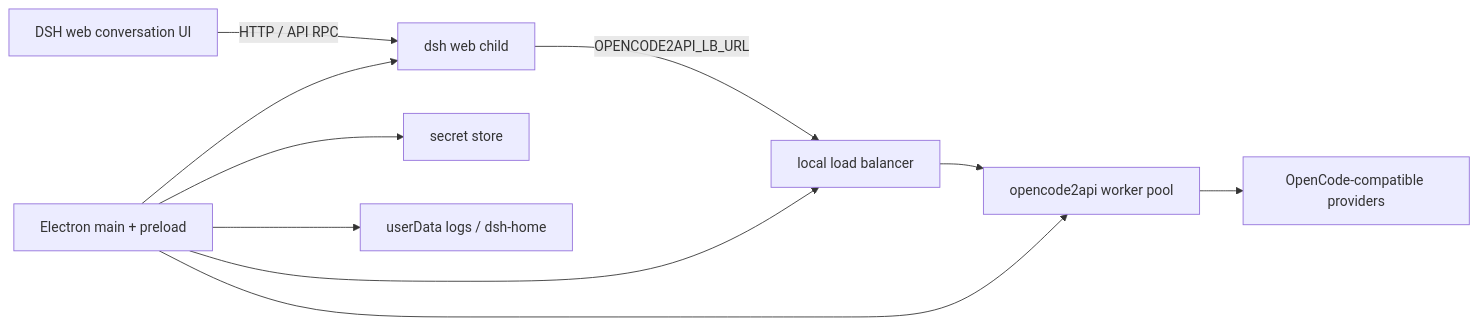
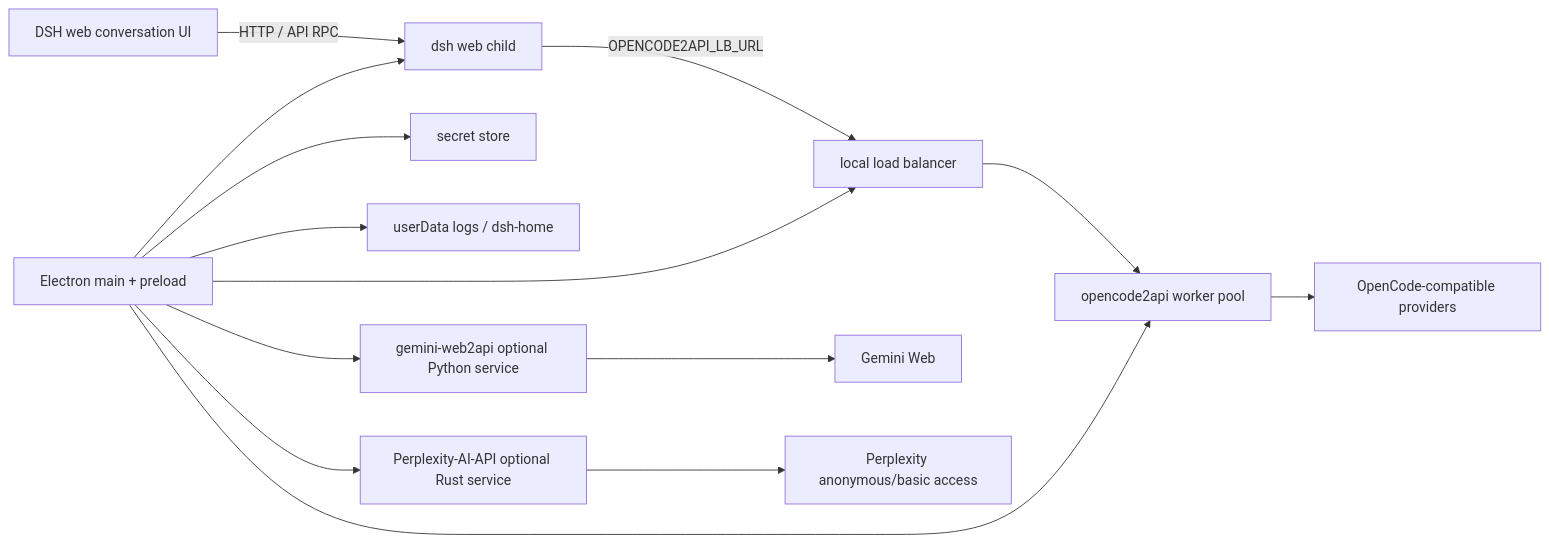
The diagram in docs/ARCHITECTURE.md (Akunimal/free-code-deepseek-harness), drawn with Mermaid before and after one commit. The commit also changed other lines of this file and 48 other files, not shown here.

Commit message:
release: prepare FreeCode 0.3.1 with Gemini and Perplexity providers

````diff
--- a/docs/ARCHITECTURE.md
+++ b/docs/ARCHITECTURE.md
@@ -5,12 +5,16 @@
 ```mermaid
 flowchart LR
   UI[DSH web conversation UI] -->|HTTP / API RPC| DSH[dsh web child]
   DSH -->|OPENCODE2API_LB_URL| LB[local load balancer]
   LB --> POOL[opencode2api worker pool]
   POOL --> O[OpenCode-compatible providers]
   SHELL[Electron main + preload] --> DSH
   SHELL --> LB
   SHELL --> POOL
   SHELL --> VAULT[secret store]
   SHELL --> DATA[userData logs / dsh-home]
+  SHELL --> GEMINI[gemini-web2api optional Python service]
+  GEMINI --> GOOGLE[Gemini Web]
+  SHELL --> PERPLEXITY[Perplexity-AI-API optional Rust service]
+  PERPLEXITY --> PPLX[Perplexity anonymous/basic access]
 ```
````
